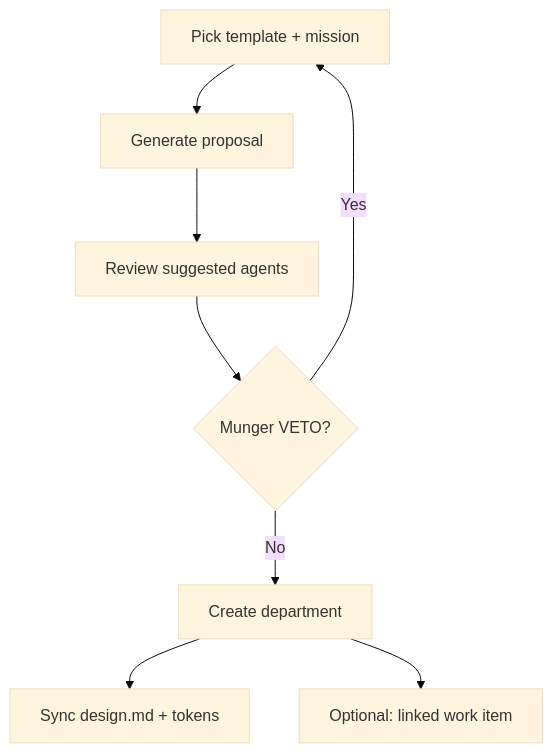
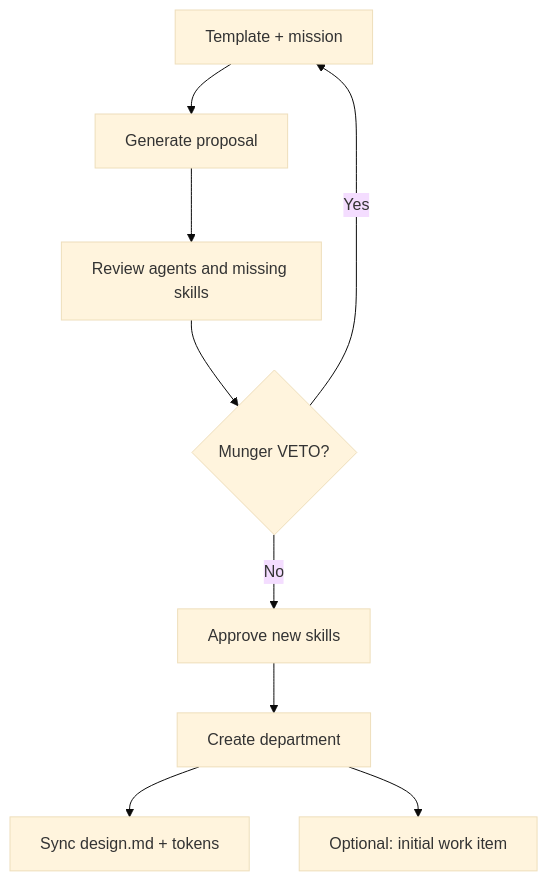
Before and after one commit to kreodevs/ia-company: the diagram in frontend/src/content/help/guia-departamentos.en.md, drawn with Mermaid (base theme). The commit also changed other lines of this file and 21 other files, not shown here.

````diff
--- a/frontend/src/content/help/guia-departamentos.en.md
+++ b/frontend/src/content/help/guia-departamentos.en.md
@@ -20,10 +32,11 @@
 ```mermaid
 flowchart TD
-  A[Pick template + mission] --> B[Generate proposal]
-  B --> C[Review suggested agents]
+  A[Template + mission] --> B[Generate proposal]
+  B --> C[Review agents and missing skills]
   C --> D{Munger VETO?}
   D -->|Yes| A
-  D -->|No| E[Create department]
-  E --> F[Sync design.md + tokens]
-  E --> G[Optional: linked work item]
+  D -->|No| E[Approve new skills]
+  E --> F[Create department]
+  F --> G[Sync design.md + tokens]
+  F --> H[Optional: initial work item]
 ```
````
